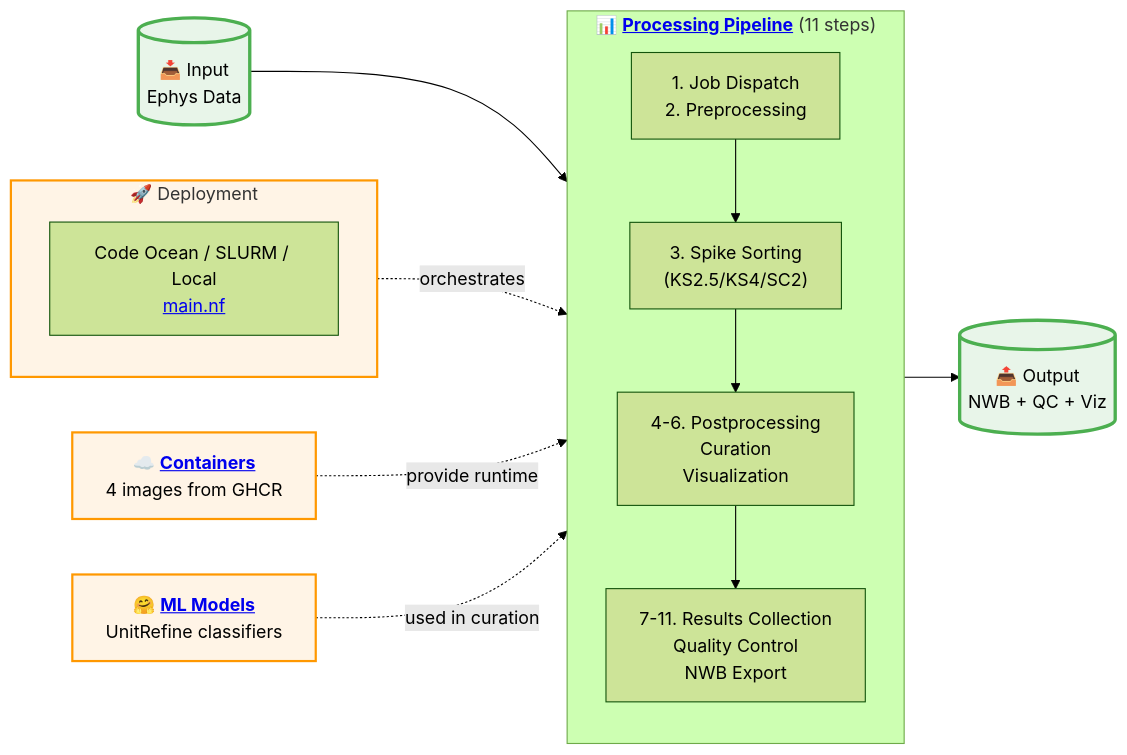
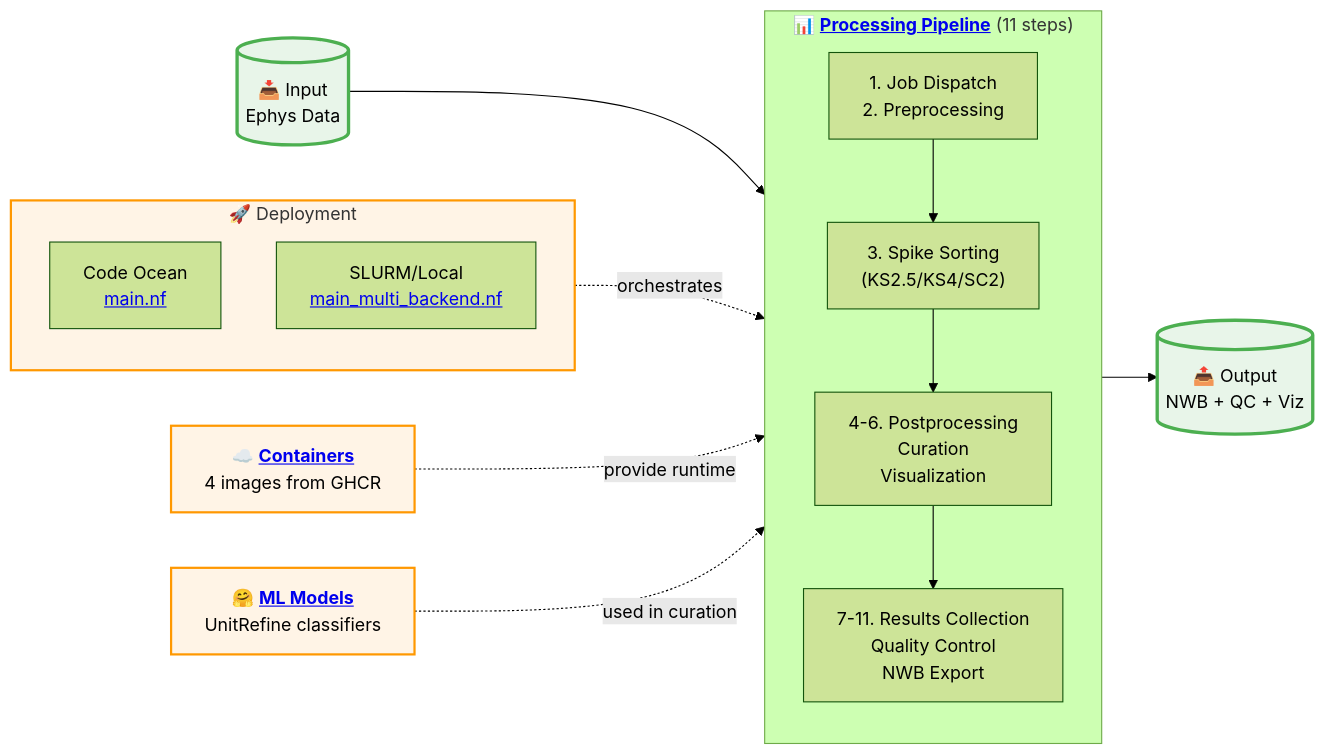
The diagram in README.md (AllenNeuralDynamics/aind-ephys-pipeline), drawn with Mermaid (forest theme) before and after one commit. The commit also changed other lines of this file and 46 other files, not shown here.

````diff
--- a/README.md
+++ b/README.md
@@ -18,41 +18,42 @@
 ```mermaid
 flowchart LR
     %% Input/Output
     input[("📥 Input<br/>Ephys Data")]
     output[("📤 Output<br/>NWB + QC + Viz")]
 
     %% Deployment
     subgraph deploy["🚀 Deployment"]
         direction TB
-        co["Code Ocean / SLURM / Local<br/><a href='pipeline/main.nf'>main.nf</a>"]
+        co["Code Ocean<br/><a href='pipeline/main.nf'>main.nf</a>"]
+        sl["SLURM/Local<br/><a href='pipeline/main_multi_backend.nf'>main_multi_backend.nf</a>"]
     end
 
     %% Infrastructure (link to detailed docs)
     containers["☁️ <b><a href='https://aind-ephys-pipeline.readthedocs.io/en/latest/architecture.html#infrastructure-components'>Containers</a></b><br/>4 images from GHCR"]
     models["🤗 <b><a href='https://aind-ephys-pipeline.readthedocs.io/en/latest/architecture.html#infrastructure-components'>ML Models</a></b><br/>UnitRefine classifiers"]
 
     %% Pipeline (simplified)
     subgraph pipeline["📊 <b><a href='https://aind-ephys-pipeline.readthedocs.io/en/latest/architecture.html'>Processing Pipeline</a></b> (11 steps)"]
         direction TB
         prep["1. Job Dispatch<br/>2. Preprocessing"]
         sort["3. Spike Sorting<br/>(KS2.5/KS4/SC2)"]
         post["4-6. Postprocessing<br/>Curation<br/>Visualization"]
         final["7-11. Results Collection<br/>Quality Control<br/>NWB Export"]
 
         prep --> sort --> post --> final
     end
 
     %% Connections
     input --> pipeline
     deploy -.->|"orchestrates"| pipeline
     containers -.->|"provide runtime"| pipeline
     models -.->|"used in curation"| pipeline
     pipeline --> output
 
     %% Styling
     classDef infra fill:#fff4e6,stroke:#ff9800,stroke-width:2px
     classDef data fill:#e8f5e9,stroke:#4caf50,stroke-width:3px
 
     class containers,models,deploy infra
     class input,output data
 ```
````
